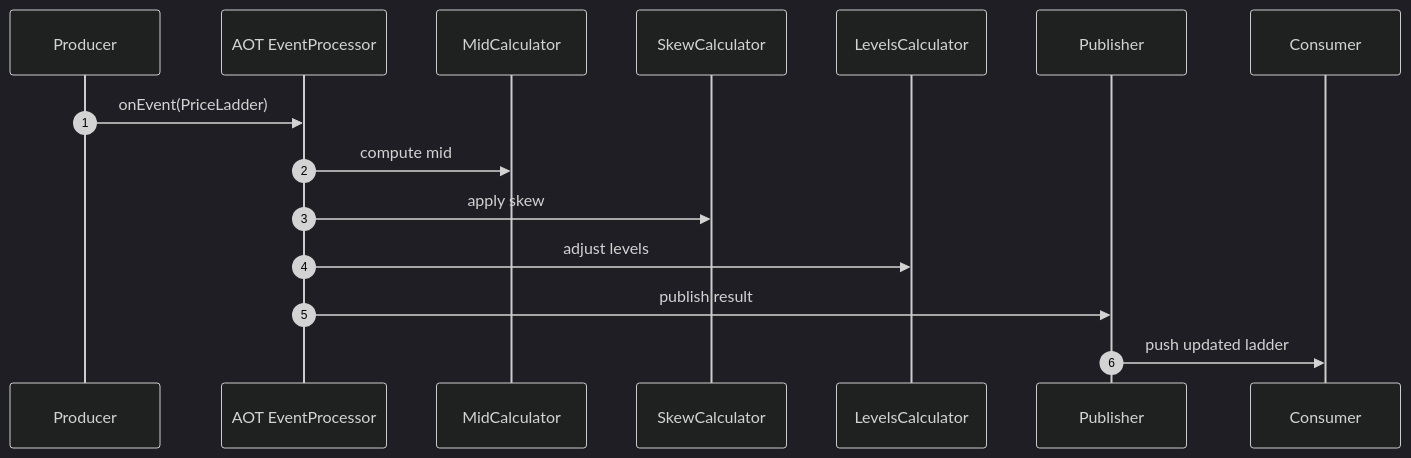
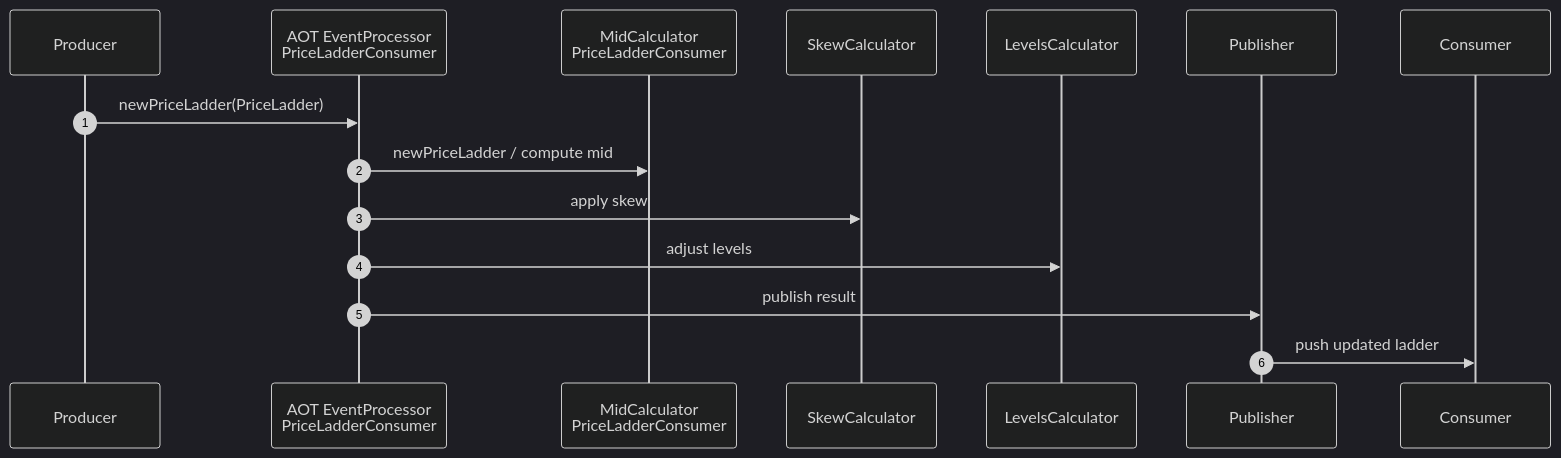
Before and after one commit to telaminai/fluxtion: the second of 3 diagrams in docs/reference/performance.md, drawn with Mermaid (dark theme). The commit also changed other lines of this file and 2 other files, not shown here.

First line of the commit message:
Add calculation and processing node examples for PriceLadder

````diff
--- a/docs/reference/performance.md
+++ b/docs/reference/performance.md
@@ -78,18 +258,18 @@
 ```mermaid
 sequenceDiagram
     autonumber
     participant P as Producer
-    participant EP as AOT EventProcessor
-    participant N1 as MidCalculator
+    participant EP as AOT EventProcessor<br/>PriceLadderConsumer
+    participant N1 as MidCalculator<br/>PriceLadderConsumer
     participant N2 as SkewCalculator
     participant N3 as LevelsCalculator
     participant PUB as Publisher
     participant C as Consumer
 
-    P->>EP: onEvent(PriceLadder)
-    EP->>N1: compute mid
+    P->>EP: newPriceLadder(PriceLadder)
+    EP->>N1: newPriceLadder / compute mid
     EP->>N2: apply skew
     EP->>N3: adjust levels
     EP->>PUB: publish result
     PUB->>C: push updated ladder
 ```
````
